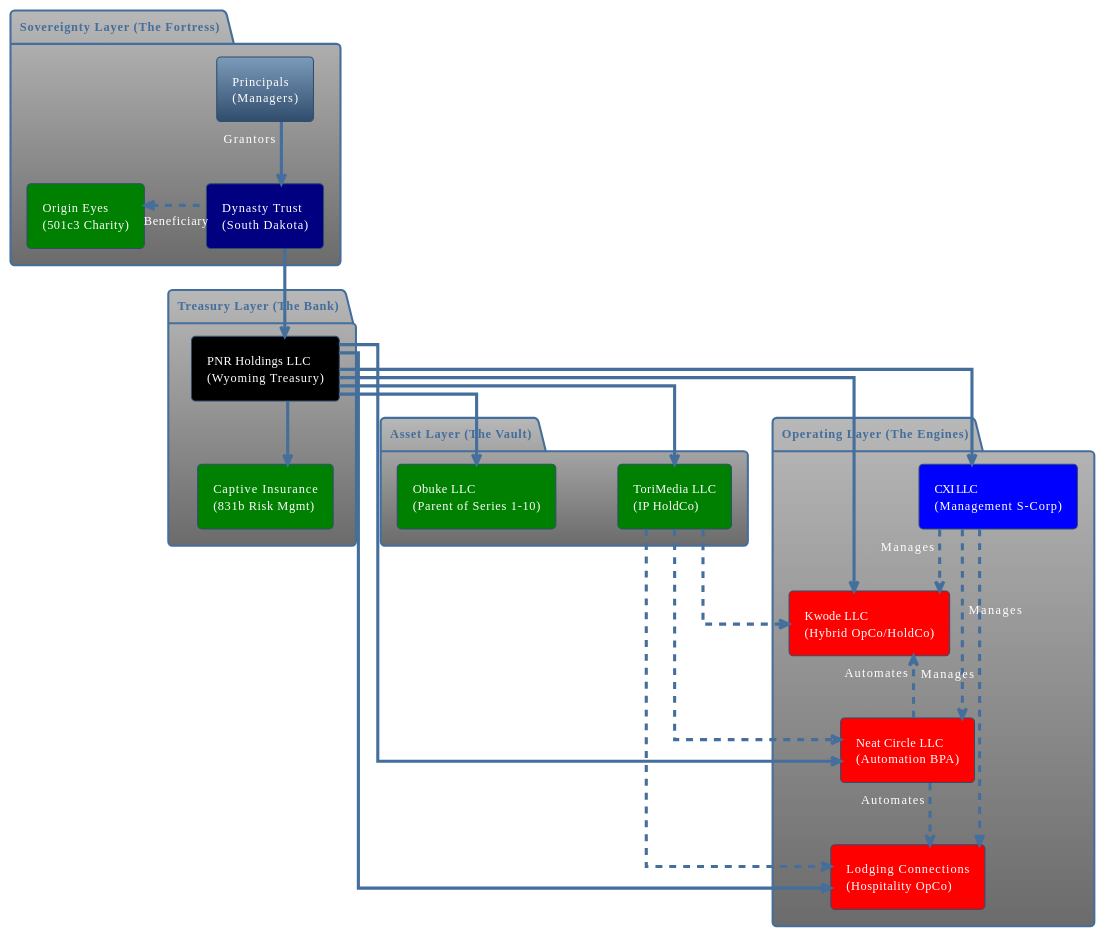
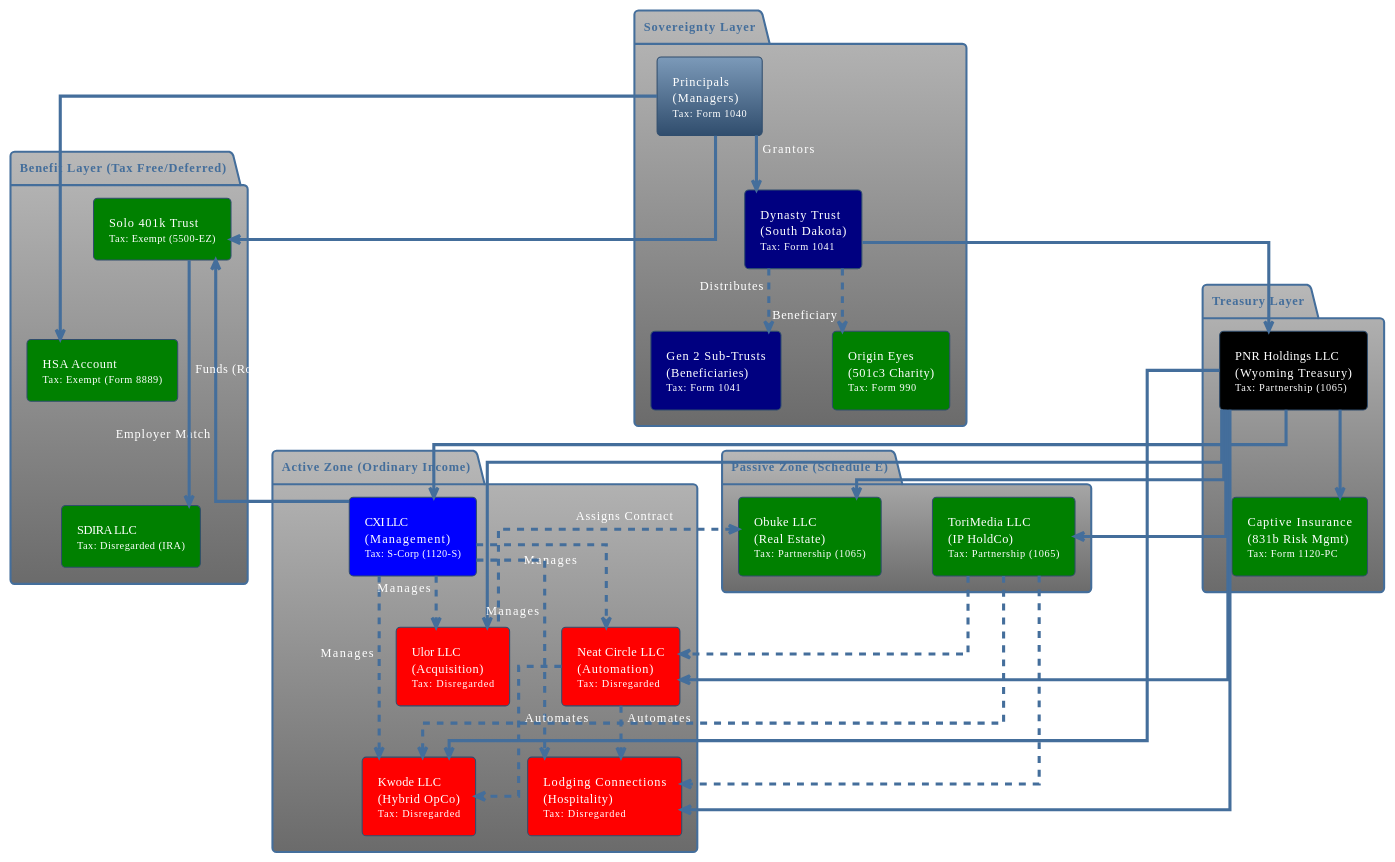
One commit to pinohu/DYNASTY changed the first of 3 diagrams in LEGACY_CODEX_MASTER_DIAGRAM_V2.md. Above: the diagram before and after it, drawn with PlantUML. The commit also changed 5 other files, not shown here.

Commit message:
feat: Finalize Master Entity Map with Tax Status, Benefits Layer, and Active/Passive Zones

````diff
--- a/LEGACY_CODEX_MASTER_DIAGRAM_V2.md
+++ b/LEGACY_CODEX_MASTER_DIAGRAM_V2.md
@@ -12,57 +12,80 @@
 !theme spacelab
 skinparam componentStyle rectangle
 skinparam linetype ortho
-skinparam nodesep 60
-skinparam ranksep 60
+skinparam nodesep 50
+skinparam ranksep 50
+
+' --- LEVEL 0: BENEFIT LAYER (Personal Tax Shelters) ---
+package "Benefit Layer (Tax Free/Deferred)" {
+    [Solo 401k Trust\n<size:10>Tax: Exempt (5500-EZ)</size>] as 401K #Green
+    [HSA Account\n<size:10>Tax: Exempt (Form 8889)</size>] as HSA #Green
+    [SDIRA LLC\n<size:10>Tax: Disregarded (IRA)</size>] as SDIRA #Green
+}
 
 ' --- LEVEL 1: SOVEREIGNTY ---
-package "Sovereignty Layer (The Fortress)" {
-    [Principals\n(Managers)] as PR
-    [Dynasty Trust\n(South Dakota)] as DT #Navy
-    [Origin Eyes\n(501c3 Charity)] as OE #Green
+package "Sovereignty Layer" {
+    [Principals\n(Managers)\n<size:10>Tax: Form 1040</size>] as PR
+    [Dynasty Trust\n(South Dakota)\n<size:10>Tax: Form 1041</size>] as DT #Navy
+    [Origin Eyes\n(501c3 Charity)\n<size:10>Tax: Form 990</size>] as OE #Green
+    
+    ' Sub-Trusts Branch
+    [Gen 2 Sub-Trusts\n(Beneficiaries)\n<size:10>Tax: Form 1041</size>] as SUBT #Navy
 }
 
 ' --- LEVEL 2: TREASURY ---
-package "Treasury Layer (The Bank)" {
-    [PNR Holdings LLC\n(Wyoming Treasury)] as PNR #Black
-    [Captive Insurance\n(831b Risk Mgmt)] as CAP #Green
+package "Treasury Layer" {
+    [PNR Holdings LLC\n(Wyoming Treasury)\n<size:10>Tax: Partnership (1065)</size>] as PNR #Black
+    [Captive Insurance\n(831b Risk Mgmt)\n<size:10>Tax: Form 1120-PC</size>] as CAP #Green
 }
 
-' --- LEVEL 3: ASSETS (HoldCos) ---
-package "Asset Layer (The Vault)" {
-    [Obuke LLC\n(Parent of Series 1-10)] as OBU #Green
-    [ToriMedia LLC\n(IP HoldCo)] as TORI #Green
+' --- LEVEL 3: PASSIVE ASSETS ---
+package "Passive Zone (Schedule E)" {
+    [Obuke LLC\n(Real Estate)\n<size:10>Tax: Partnership (1065)</size>] as OBU #Green
+    [ToriMedia LLC\n(IP HoldCo)\n<size:10>Tax: Partnership (1065)</size>] as TORI #Green
 }
 
-' --- LEVEL 4: OPERATIONS (Engines) ---
-package "Operating Layer (The Engines)" {
-    [CXI LLC\n(Management S-Corp)] as CXI #Blue
-    [Kwode LLC\n(Hybrid OpCo/HoldCo)] as KW #Red
-    [Neat Circle LLC\n(Automation BPA)] as NEAT #Red
-    [Lodging Connections\n(Hospitality OpCo)] as LODGE #Red
+' --- LEVEL 4: ACTIVE OPERATIONS ---
+package "Active Zone (Ordinary Income)" {
+    [CXI LLC\n(Management)\n<size:10>Tax: S-Corp (1120-S)</size>] as CXI #Blue
+    [Kwode LLC\n(Hybrid OpCo)\n<size:10>Tax: Disregarded</size>] as KW #Red
+    [Neat Circle LLC\n(Automation)\n<size:10>Tax: Disregarded</size>] as NEAT #Red
+    [Lodging Connections\n(Hospitality)\n<size:10>Tax: Disregarded</size>] as LODGE #Red
+    [Ulor LLC\n(Acquisition)\n<size:10>Tax: Disregarded</size>] as ULOR #Red
 }
 
-' --- ALIGNMENT & LAYOUT (Hidden Links) ---
-' Vertical Backbone
-PR -[hidden]down-> DT
-DT -[hidden]down-> PNR
-PNR -[hidden]down-> CXI
+' --- ALIGNMENT (Hidden) ---
+PR -[hidden]down- DT
+DT -[hidden]down- PNR
+PNR -[hidden]down- CXI
 
-' Side Alignment
+' Benefits Alignment
+401K -[hidden]down- HSA
+HSA -[hidden]down- SDIRA
+PR -[hidden]left- 401K
+
+' Sub-Trust Alignment
+DT -[hidden]right- SUBT
+
+' Zone Alignment
 OE -[hidden]right- DT
 PNR -[hidden]right- CAP
+OBU -[hidden]right- CXI
 
-' Layer Separation
-OBU -[hidden]right- TORI
-CXI -[hidden]right- KW
-KW -[hidden]right- NEAT
-NEAT -[hidden]right- LODGE
+' --- RELATIONSHIPS ---
 
-' --- RELATIONSHIPS (Solid = Ownership) ---
+' Benefits Flow
+PR --> 401K : Participant
+PR --> HSA : Owner
+CXI --> 401K : Employer Match
+401K --> SDIRA : Funds (Rollover)
+
+' Sovereignty Flow
 PR --> DT : Grantors
 DT --> PNR : Owns 100%
-DT .left.> OE : Beneficiary
+DT ..> OE : Beneficiary
+DT ..> SUBT : Distributes
 
+' Treasury Flow
 PNR --> CAP
 PNR --> OBU
 PNR --> TORI
@@ -70,11 +93,13 @@
 PNR --> KW
 PNR --> NEAT
 PNR --> LODGE
+PNR --> ULOR
 
-' --- OPERATIONAL FLOWS (Dotted = Service) ---
+' Operational Flow
 CXI ..> KW : Manages
 CXI ..> NEAT : Manages
 CXI ..> LODGE : Manages
+CXI ..> ULOR : Manages
 
 TORI ..> KW : Licenses IP
 TORI ..> NEAT : Licenses IP
@@ -83,5 +108,7 @@
 NEAT ..> KW : Automates
 NEAT ..> LODGE : Automates
 
+ULOR .up.> OBU : Assigns Contract
+
 @enduml
 ```
````
